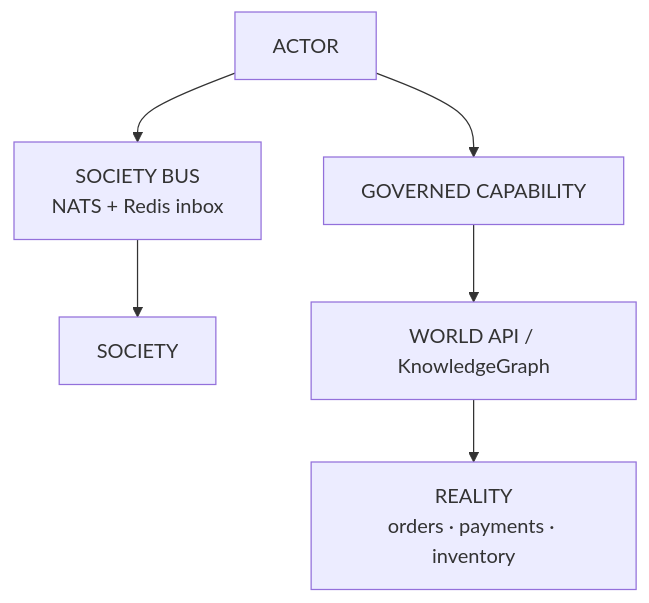
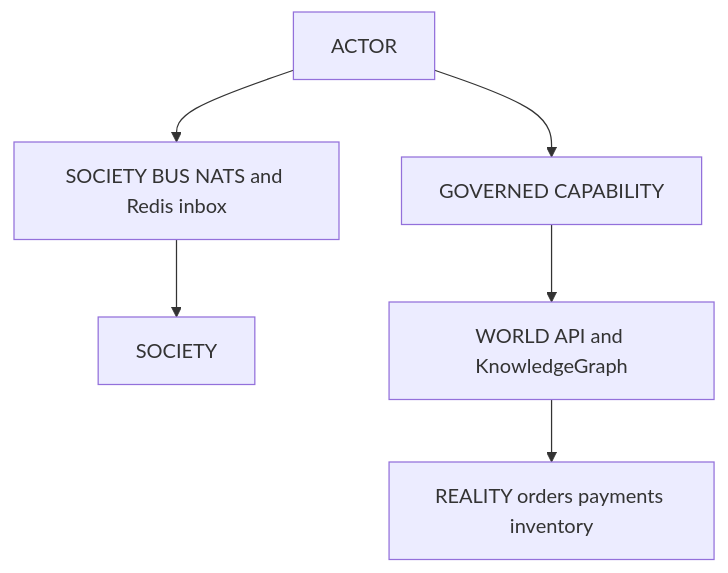
The third of 22 diagrams in docs/DIAGRAMS.md (monkeypatched-stack/cogitive-os), drawn with Mermaid before and after one commit. The commit also changed other lines of this file, not shown here.

Commit message:
adding diagrams

````diff
--- a/docs/DIAGRAMS.md
+++ b/docs/DIAGRAMS.md
@@ -128,9 +128,15 @@
 ```mermaid
-graph TB
+flowchart TB
     Actor["ACTOR"]
-    Actor --> Bus["SOCIETY BUS<br/>NATS + Redis inbox"]
-    Actor --> Cap["GOVERNED CAPABILITY"]
-    Bus --> Soc["SOCIETY"]
-    Cap --> API["WORLD API / KnowledgeGraph"]
-    API --> Reality["REALITY<br/>orders · payments · inventory"]
+    Bus["SOCIETY BUS NATS and Redis inbox"]
+    Cap["GOVERNED CAPABILITY"]
+    Soc["SOCIETY"]
+    WAPI["WORLD API and KnowledgeGraph"]
+    Reality["REALITY orders payments inventory"]
+
+    Actor --> Bus
+    Actor --> Cap
+    Bus --> Soc
+    Cap --> WAPI
+    WAPI --> Reality
 ```
````
